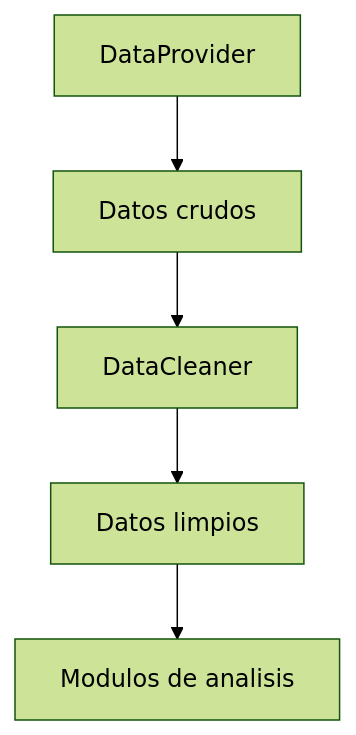
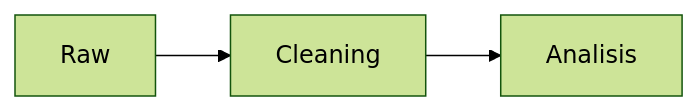
The diagram in src/data/data.md (Romequinco/Sistema-De-Analisis-Financiero), drawn with Mermaid (forest theme) before and after one commit. The commit also changed other lines of this file and 16 other files, not shown here.

````diff
--- a/src/data/data.md
+++ b/src/data/data.md
@@ -67,7 +18,4 @@
 ```mermaid
-flowchart TD
-    A[DataProvider] --> B[Datos crudos]
-    B --> C[DataCleaner]
-    C --> D[Datos limpios]
-    D --> E[Modulos de analisis]
+flowchart LR
+    A[Raw] --> B[Cleaning] --> C[Analisis]
 ```
````
